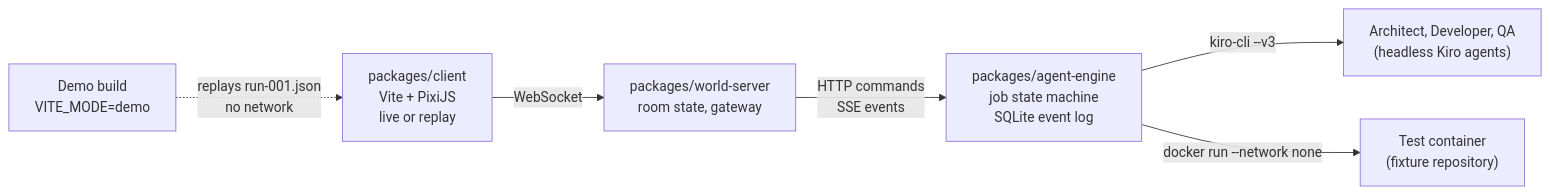
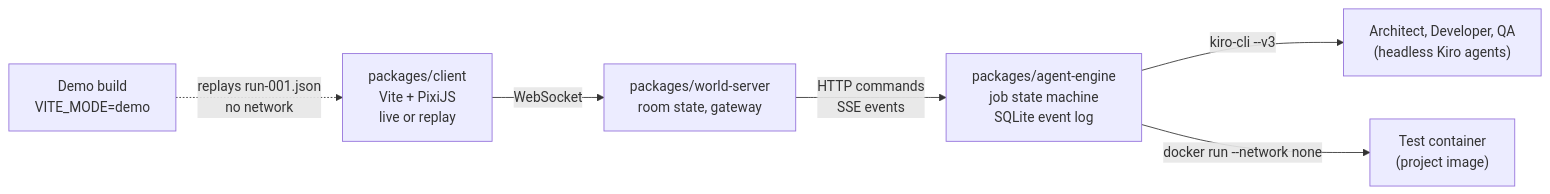
One commit to adan291/agentlife- changed the diagram in README.md. Above: the diagram before and after it, drawn with Mermaid. The commit also changed other lines of this file and 2 other files, not shown here.

````diff
--- a/README.md
+++ b/README.md
@@ -27,8 +43,8 @@
 ```mermaid
 flowchart LR
     Client["packages/client<br/>Vite + PixiJS<br/>live or replay"] -- "WebSocket" --> WS["packages/world-server<br/>room state, gateway"]
     WS -- "HTTP commands<br/>SSE events" --> Engine["packages/agent-engine<br/>job state machine<br/>SQLite event log"]
     Engine -- "kiro-cli --v3" --> Agents["Architect, Developer, QA<br/>(headless Kiro agents)"]
-    Engine -- "docker run --network none" --> Runner["Test container<br/>(fixture repository)"]
+    Engine -- "docker run --network none" --> Runner["Test container<br/>(project image)"]
     Demo["Demo build<br/>VITE_MODE=demo"] -. "replays run-001.json<br/>no network" .-> Client
 ```
````
